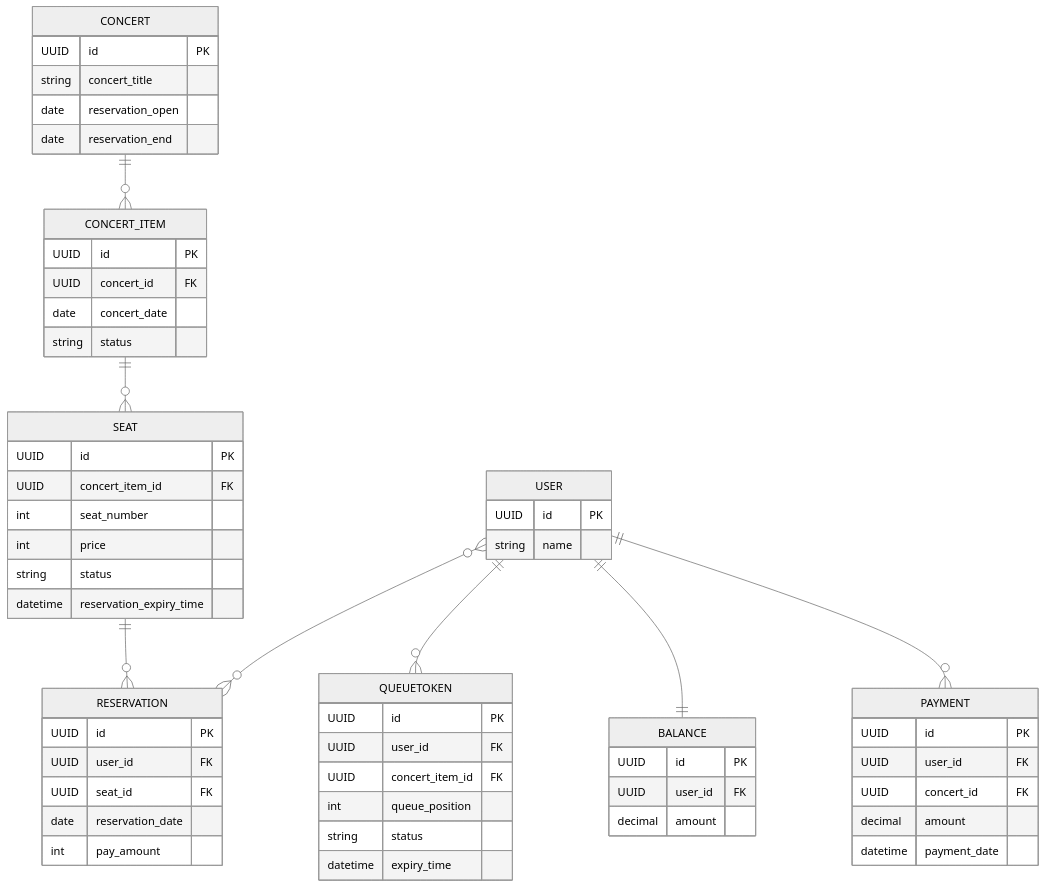
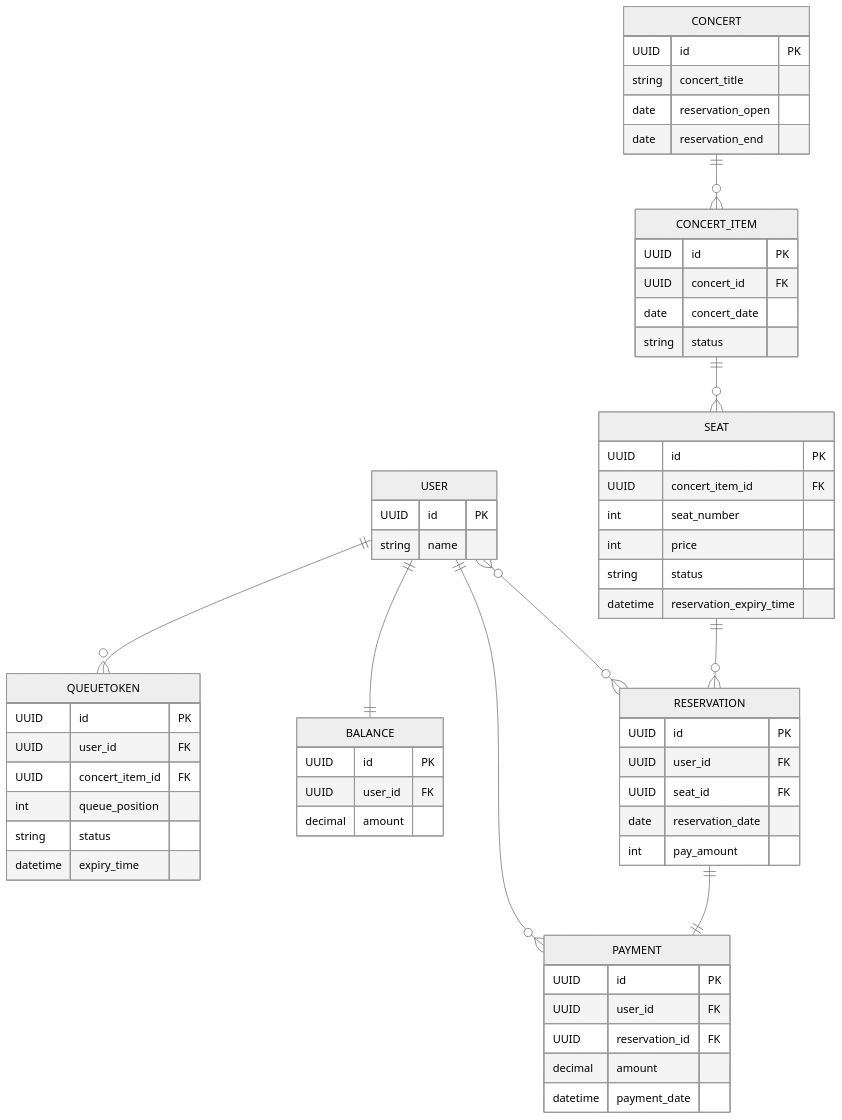
One commit to jjuya21/concert changed the fifth of 5 diagrams in README.MD. Above: the diagram before and after it, drawn with Mermaid (neutral theme).

````diff
--- a/README.MD
+++ b/README.MD
@@ -118,70 +118,71 @@
 ```mermaid
 erDiagram
     USER {
         UUID id PK
         string name
     }
 
     QUEUETOKEN {
         UUID id PK
         UUID user_id FK
         UUID concert_item_id FK
         int queue_position
         string status
         datetime expiry_time
     }
 
     CONCERT_ITEM {
         UUID id PK
         UUID concert_id FK
         date concert_date
         string status
     }
 
     SEAT {
         UUID id PK
         UUID concert_item_id FK
         int seat_number
         int price
         string status
         datetime reservation_expiry_time
     }
 
     PAYMENT {
         UUID id PK
         UUID user_id FK
-        UUID concert_id FK
+        UUID reservation_id FK
         decimal amount
         datetime payment_date
     }
 
     BALANCE {
         UUID id PK
         UUID user_id FK
         decimal amount
     }
 
     CONCERT {
         UUID id PK
         string concert_title
         date reservation_open
         date reservation_end
     }
 
     RESERVATION {
         UUID id PK
         UUID user_id FK
         UUID seat_id FK
         date reservation_date
         int pay_amount
     }
 
     %% Relationships
     USER ||--o{ QUEUETOKEN : ""
     USER ||--|| BALANCE : ""
     CONCERT_ITEM ||--o{ SEAT : ""
     SEAT ||--o{ RESERVATION : ""
     CONCERT ||--o{ CONCERT_ITEM : ""
     USER ||--o{ PAYMENT : ""
     USER }o--o{ RESERVATION : ""
+    RESERVATION ||--|| PAYMENT : ""
 ```
````
